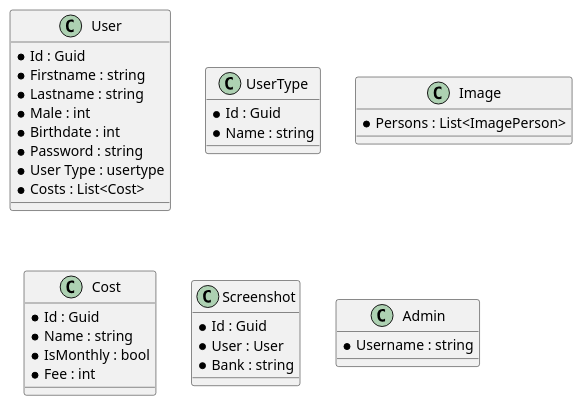
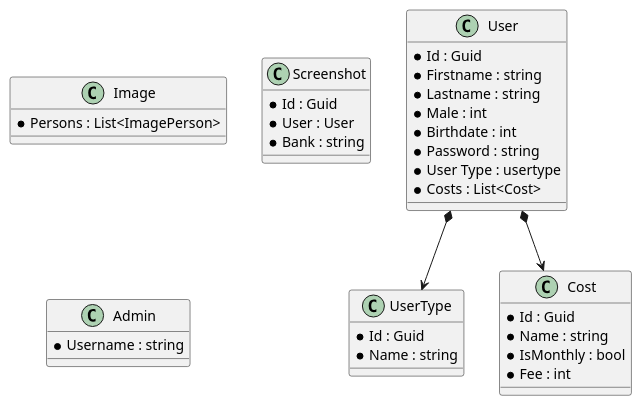
One commit to jankovic-s/alvin_DBI-SZ changed the diagram in modell.md. Above: the diagram before and after it, drawn with PlantUML.

Commit message:
added new item

````diff
--- a/modell.md
+++ b/modell.md
@@ -3,49 +3,52 @@
 ```plantuml
 @startuml
 
 class User {
     *Id : Guid
     *Firstname : string
     *Lastname : string
     *Male : int
     *Birthdate : int
     *Password : string
     *User Type : usertype
     *Costs : List<Cost>
 }
 
 
 class UserType {
     *Id : Guid
     *Name : string
 }
 
 
 class Image  {
     *Persons : List<ImagePerson>
 }
 
 class Cost {
     *Id : Guid
     *Name : string
     *IsMonthly : bool
     *Fee : int
 }
 
 class Screenshot {
     *Id : Guid
     *User : User
     *Bank : string
 }
 
 class Admin {
     *Username : string
 }
 
 
+User *--> UserType
+User *--> Cost
+
 
 
 @enduml
 
 
 ```
````
